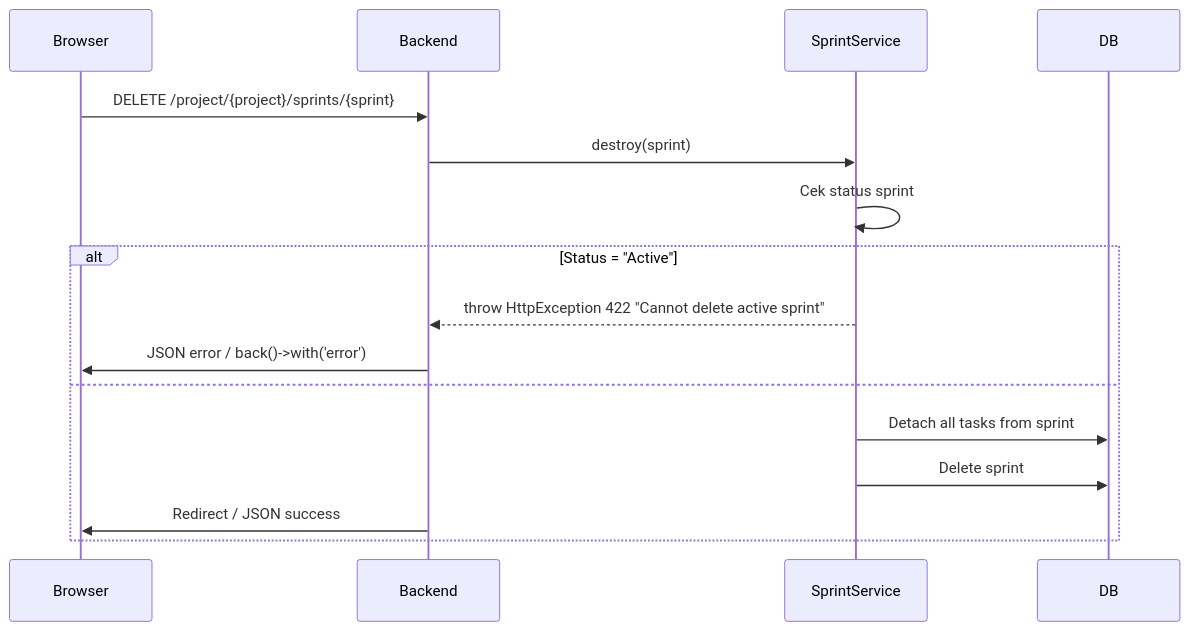
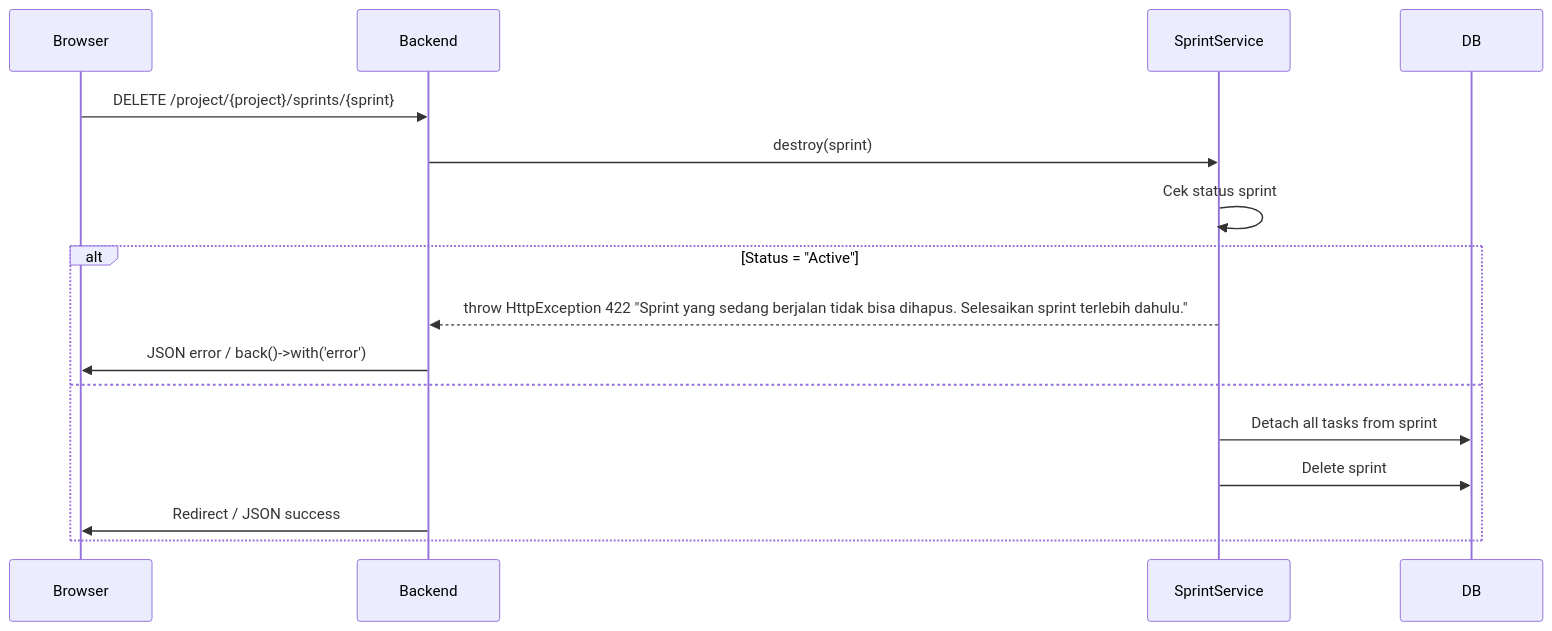
The third of 7 diagrams in docs/sprint/management.md (priamitra273/laptoplain), drawn with Mermaid before and after one commit. The commit also changed other lines of this file and 14 other files, not shown here.

````diff
--- a/docs/sprint/management.md
+++ b/docs/sprint/management.md
@@ -40,15 +40,15 @@
 ```mermaid
 sequenceDiagram
     Browser->>Backend: DELETE /project/{project}/sprints/{sprint}
     Backend->>SprintService: destroy(sprint)
 
     SprintService->>SprintService: Cek status sprint
     alt Status = "Active"
-        SprintService-->>Backend: throw HttpException 422 "Cannot delete active sprint"
+        SprintService-->>Backend: throw HttpException 422 "Sprint yang sedang berjalan tidak bisa dihapus. Selesaikan sprint terlebih dahulu."
         Backend->>Browser: JSON error / back()->with('error')
     else
         SprintService->>DB: Detach all tasks from sprint
         SprintService->>DB: Delete sprint
         Backend->>Browser: Redirect / JSON success
     end
 ```
````
